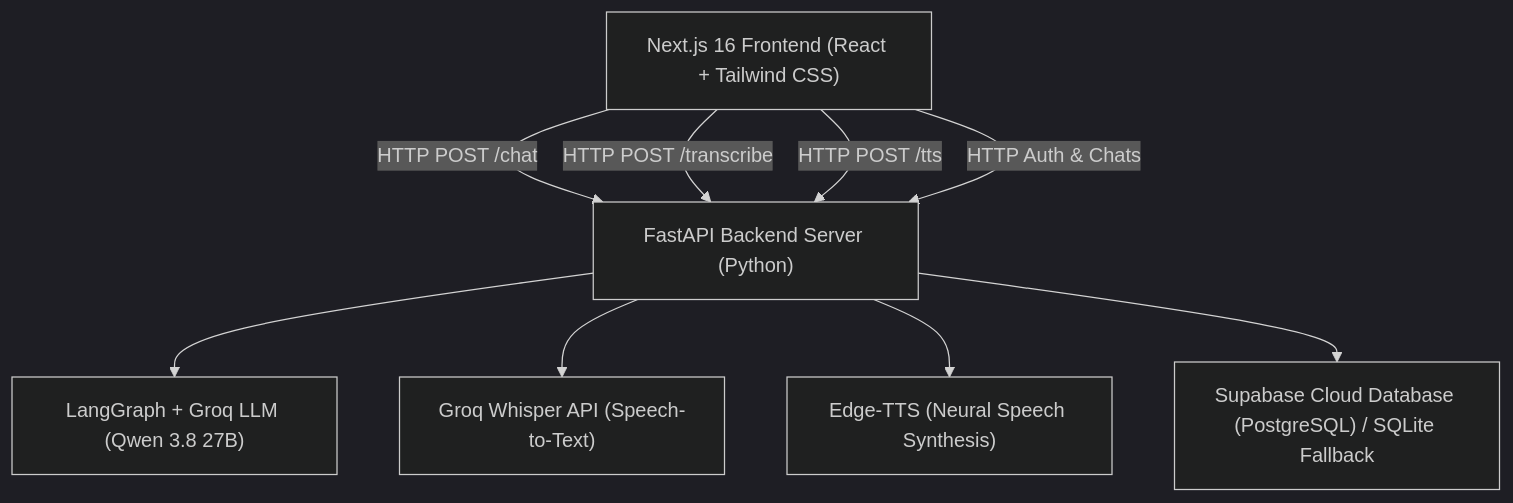
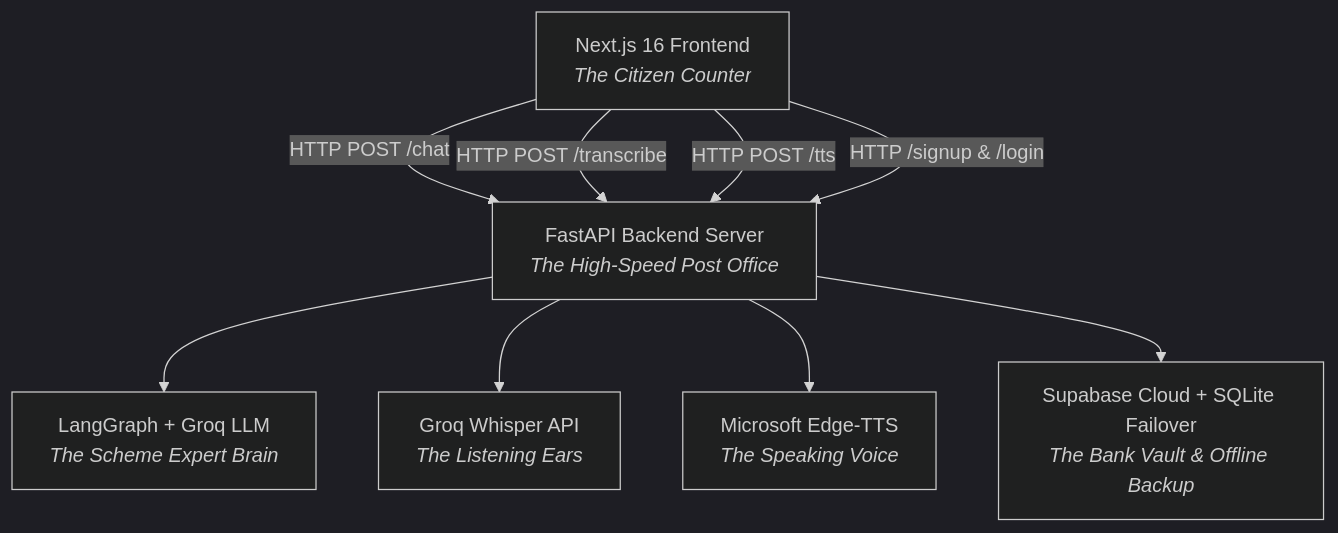
The second of 3 diagrams in PROJECT_DOCUMENTATION.md (ShreyRamola/AmritChidiya), drawn with Mermaid (dark theme) before and after one commit. The commit also changed other lines of this file and 19 other files, not shown here.

````diff
--- a/PROJECT_DOCUMENTATION.md
+++ b/PROJECT_DOCUMENTATION.md
@@ -65,19 +80,19 @@
 ```mermaid
 graph TD
-    Client["Next.js 16 Frontend (React + Tailwind CSS)"]
-    API["FastAPI Backend Server (Python)"]
-    LLM["LangGraph + Groq LLM (Qwen 3.8 27B)"]
-    STT["Groq Whisper API (Speech-to-Text)"]
-    TTS["Edge-TTS (Neural Speech Synthesis)"]
-    DB["Supabase Cloud Database (PostgreSQL) / SQLite Fallback"]
+    Client["Next.js 16 Frontend<br><i>The Citizen Counter</i>"]
+    API["FastAPI Backend Server<br><i>The High-Speed Post Office</i>"]
+    LLM["LangGraph + Groq LLM<br><i>The Scheme Expert Brain</i>"]
+    STT["Groq Whisper API<br><i>The Listening Ears</i>"]
+    TTS["Microsoft Edge-TTS<br><i>The Speaking Voice</i>"]
+    DB["Supabase Cloud + SQLite Failover<br><i>The Bank Vault & Offline Backup</i>"]
 
     Client -->|HTTP POST /chat| API
     Client -->|HTTP POST /transcribe| API
     Client -->|HTTP POST /tts| API
-    Client -->|HTTP Auth & Chats| API
+    Client -->|HTTP /signup & /login| API
 
     API --> LLM
     API --> STT
     API --> TTS
     API --> DB
 ```
````
